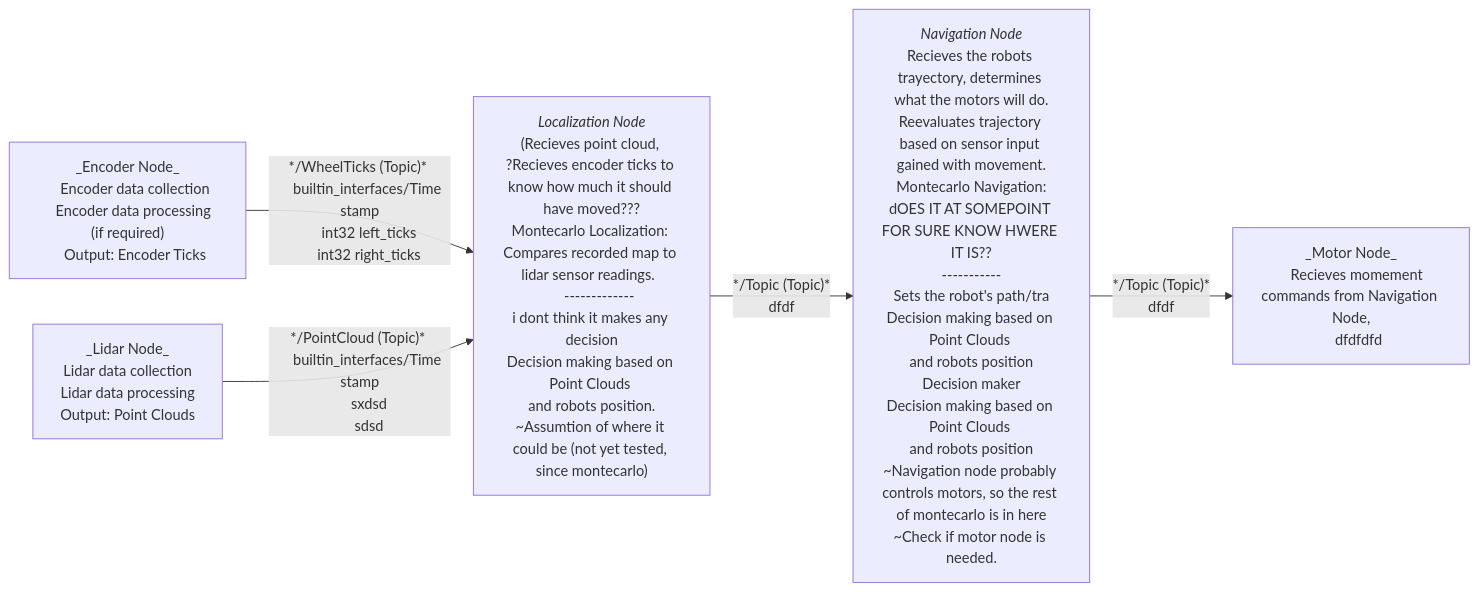
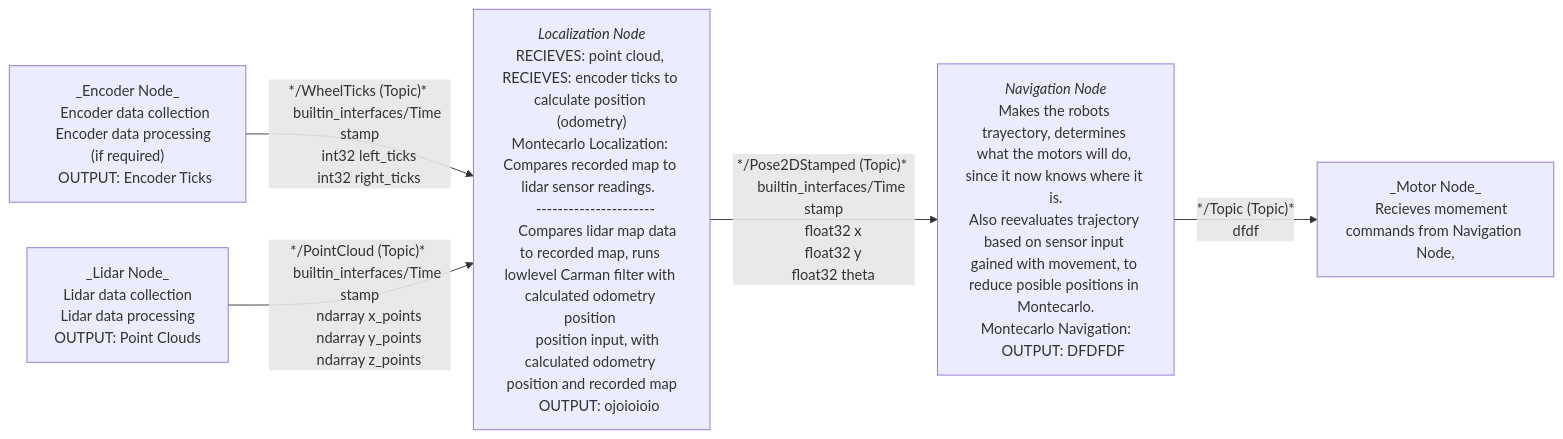
One commit to Nectar-A-Gonzalez/ROS2_Autonomous_Navigation_Robot_Project changed the diagram in Assets (For README)/ROS2graph.mmd. Above: the diagram before and after it, drawn with Mermaid.

Commit message:
ROS2 Node definition update

```diff
--- a/Assets (For README)/ROS2graph.mmd
+++ b/Assets (For README)/ROS2graph.mmd
@@ -1,64 +1,60 @@
 flowchart LR
     LidarNode["_Lidar Node_
     Lidar data collection
     Lidar data processing
-    Output: Point Clouds
+    OUTPUT: Point Clouds
    "]
 
     EncoderNode["_Encoder Node_
     Encoder data collection
     Encoder data processing (if required)
-    Output: Encoder Ticks
+    OUTPUT: Encoder Ticks
    "]
 
     LocalizationNode["`_Localization Node_
-    (Recieves point cloud, 
-    ?Recieves encoder ticks to know how much it should have moved???
+    RECIEVES: point cloud, 
+    RECIEVES: encoder ticks to calculate position (odometry)
     Montecarlo Localization: Compares recorded map to lidar sensor readings.  
-    -------------
-    i dont think it makes any decision
-    Decision making based on Point Clouds 
-    and robots position.
-    ~Assumtion of where it could be (not yet tested, since montecarlo)
+  ----------------------
+    Compares lidar map data to recorded map, runs lowlevel Carman filter with calculated odometry position 
+    position input, with calculated odometry position and recorded map
+    OUTPUT: ojoioioio
     `"]
 
+    NavigationNode["`_Navigation Node_
+    Makes the robots trayectory, determines what the motors will do, since it now knows where it is.
+    Also reevaluates trajectory based on sensor input gained with movement, to reduce posible positions in Montecarlo.
+    Montecarlo Navigation:
 
-    NavigationNode["`_Navigation Node_
-    Recieves the robots trayectory, determines what the motors will do.
-    Reevaluates trajectory based on sensor input gained with movement.
-    Montecarlo Navigation:
-    dOES IT AT SOMEPOINT FOR SURE KNOW HWERE IT IS??
-    -----------
-    Sets the robot's path/tra
-    Decision making based on Point Clouds 
-    and robots position
-    Decision maker
-    Decision making based on Point Clouds 
-    and robots position
-    ~Navigation node probably controls motors, so the rest of montecarlo is in here
-    ~Check if motor node is needed.
+    OUTPUT: DFDFDF
+
     `"]
 
     MotorNode["_Motor Node_
     Recieves momement commands from Navigation Node,
-    dfdfdfd
+    
     "]
 
 
 
     EncoderNode -->|"*/WheelTicks (Topic)* 
      builtin_interfaces/Time stamp
      int32 left_ticks
      int32 right_ticks "| LocalizationNode
     
     LidarNode -->|"*/PointCloud (Topic)* 
      builtin_interfaces/Time stamp
-     sxdsd
-     sdsd
+     ndarray x_points
+     ndarray y_points
+     ndarray z_points
       "| LocalizationNode
 
-    LocalizationNode -->|"*/Topic (Topic)* 
-     dfdf "| NavigationNode
+    LocalizationNode -->|"*/Pose2DStamped (Topic)* 
+     builtin_interfaces/Time stamp
+     float32 x
+     float32 y
+     float32 theta"| NavigationNode
+      
 
     NavigationNode -->|"*/Topic (Topic)*
     dfdf "| MotorNode
```
